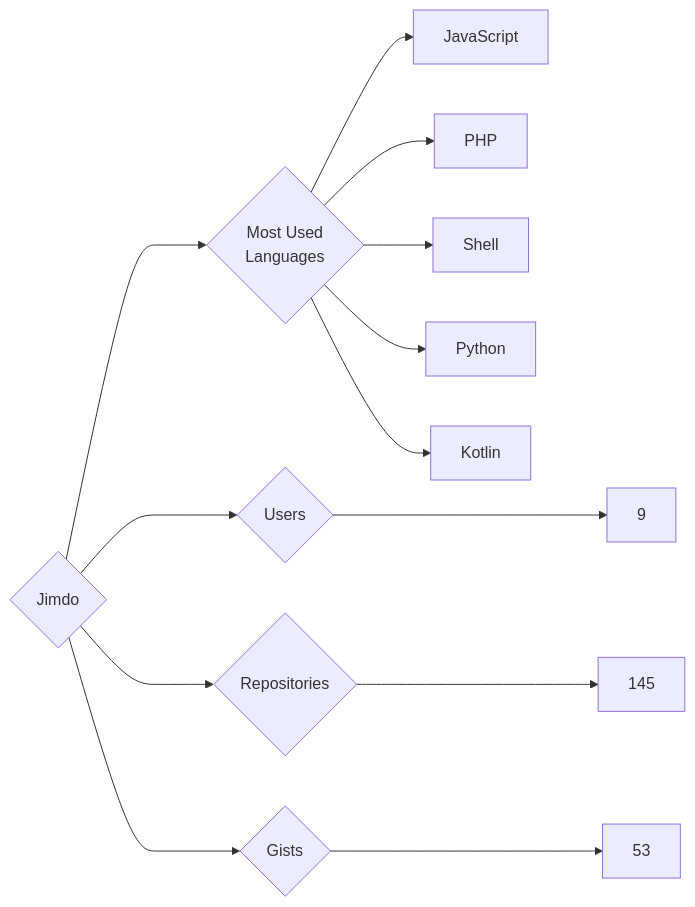
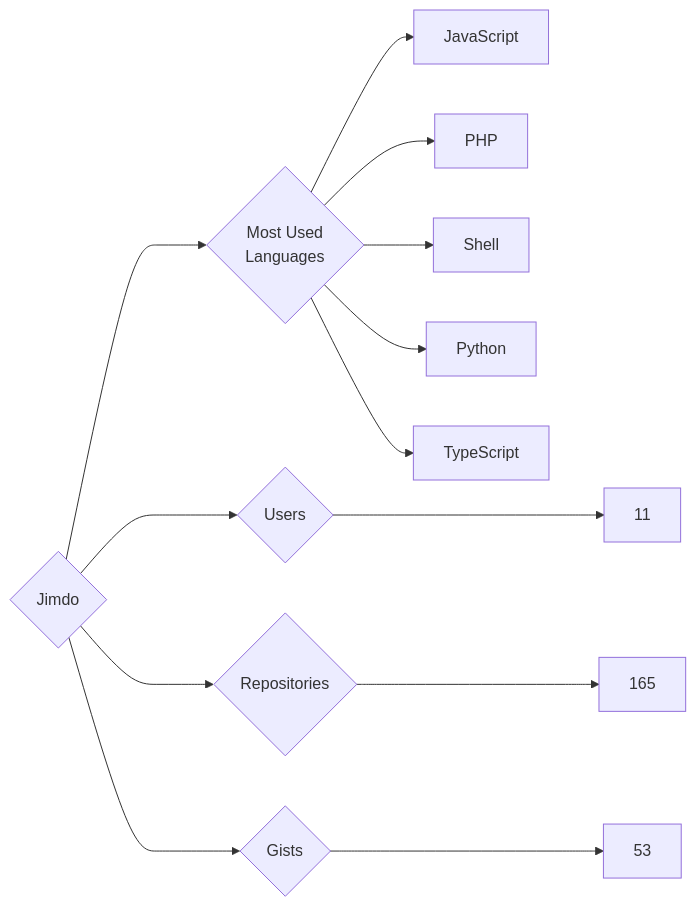
Before and after one commit to trickest/insiders: the diagram in targets/Jimdo/README.md, drawn with Mermaid. The commit also changed 640 other files, not shown here.

````diff
--- a/targets/Jimdo/README.md
+++ b/targets/Jimdo/README.md
@@ -3,13 +3,13 @@
 ```mermaid
 graph LR
 COMPANY_NAME{Jimdo}
-COMPANY_NAME ---> U{Users} ---> UN[9]
-COMPANY_NAME ---> R{Repositories} ---> RN[145]
+COMPANY_NAME ---> U{Users} ---> UN[11]
+COMPANY_NAME ---> R{Repositories} ---> RN[165]
 COMPANY_NAME ---> G{Gists} ---> GN[53]
 COMPANY_NAME ---> ML{Most Used<br>Languages}
 ML --> JavaScript[JavaScript]
 ML --> PHP[PHP]
 ML --> Shell[Shell]
 ML --> Python[Python]
-ML --> Kotlin[Kotlin]
+ML --> TypeScript[TypeScript]
 ```
````
